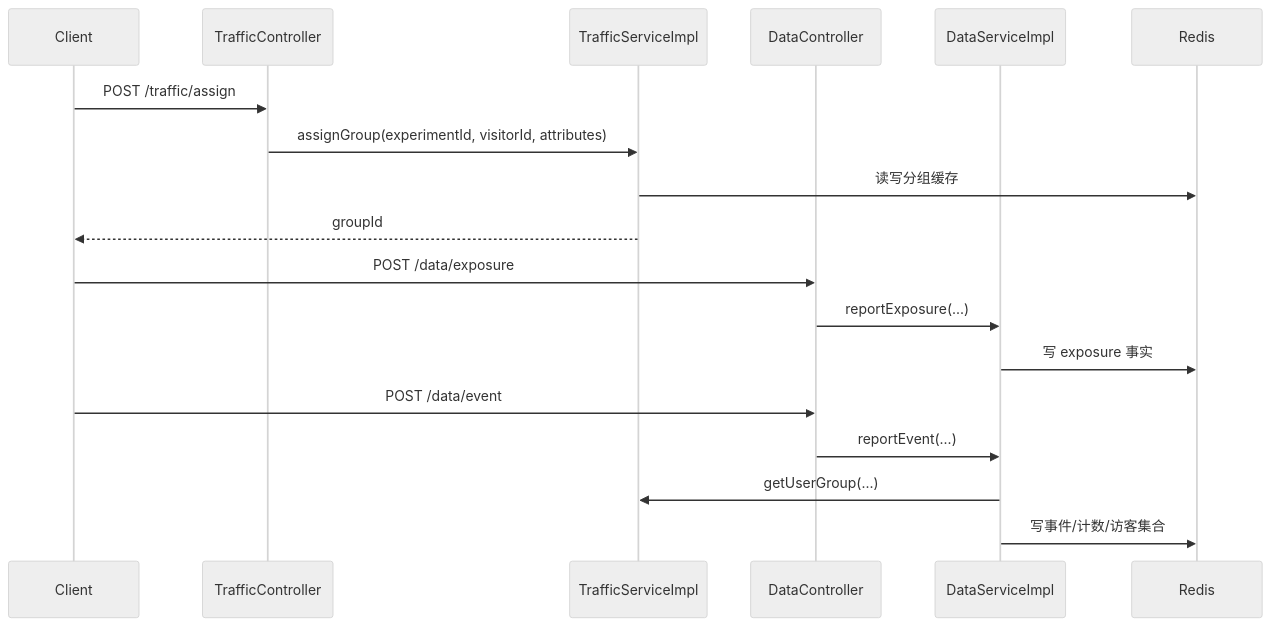
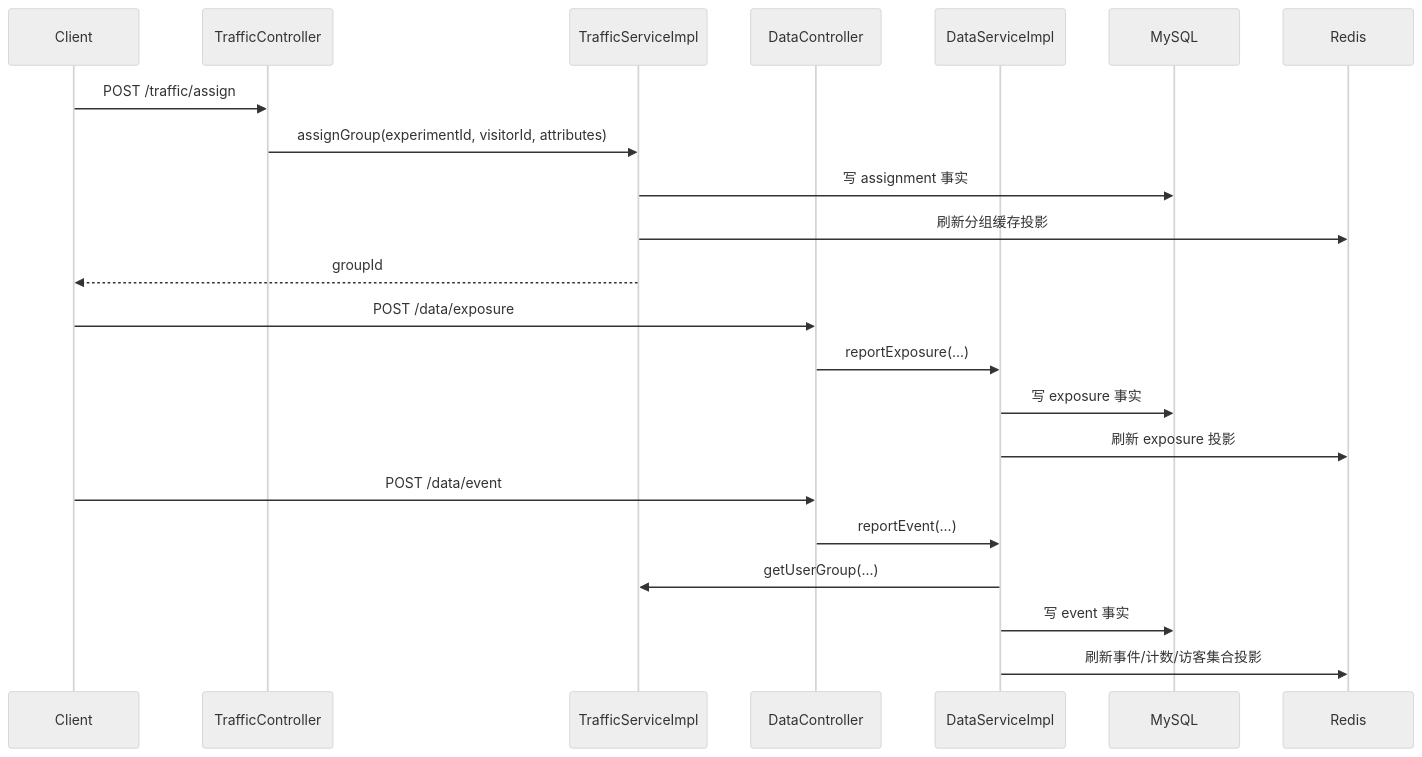
Before and after one commit to anran222/pisces: the third of 3 diagrams in .knowledge-base/architecture.md, drawn with Mermaid (neutral theme). The commit also changed other lines of this file and 32 other files, not shown here.

````diff
--- a/.knowledge-base/architecture.md
+++ b/.knowledge-base/architecture.md
@@ -139,23 +152,27 @@
 ```mermaid
 sequenceDiagram
     participant C as Client
     participant T as TrafficController
     participant TS as TrafficServiceImpl
     participant D as DataController
     participant DS as DataServiceImpl
+    participant DB as MySQL
     participant R as Redis
 
     C->>T: POST /traffic/assign
     T->>TS: assignGroup(experimentId, visitorId, attributes)
-    TS->>R: 读写分组缓存
+    TS->>DB: 写 assignment 事实
+    TS->>R: 刷新分组缓存投影
     TS-->>C: groupId
 
     C->>D: POST /data/exposure
     D->>DS: reportExposure(...)
-    DS->>R: 写 exposure 事实
+    DS->>DB: 写 exposure 事实
+    DS->>R: 刷新 exposure 投影
 
     C->>D: POST /data/event
     D->>DS: reportEvent(...)
     DS->>TS: getUserGroup(...)
-    DS->>R: 写事件/计数/访客集合
+    DS->>DB: 写 event 事实
+    DS->>R: 刷新事件/计数/访客集合投影
 ```
````
